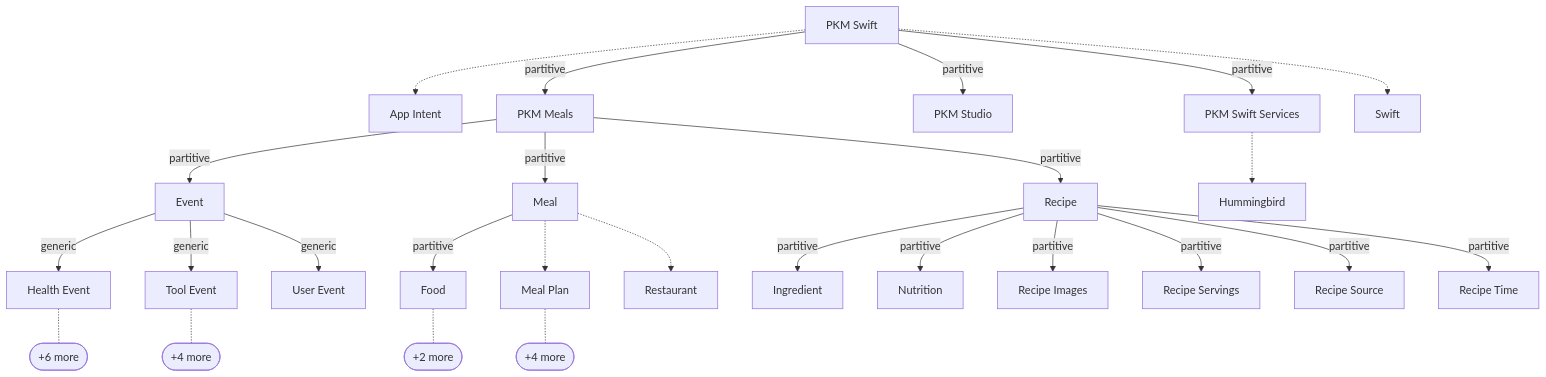
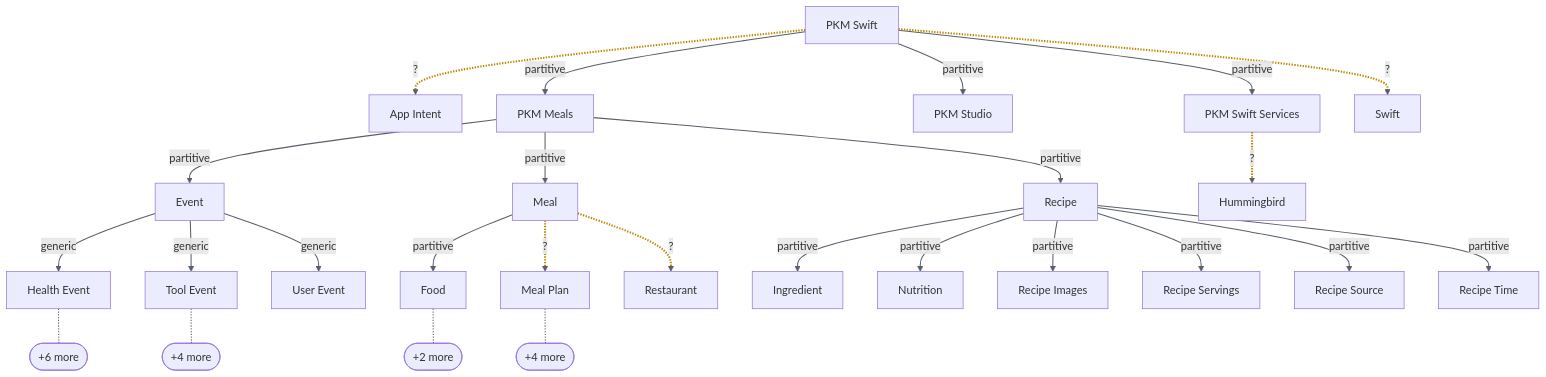
Before and after one commit to dpw67/pkm: the eighth of 9 diagrams in vocab/browse/map.md, drawn with Mermaid. The commit also changed other lines of this file and 3 other files, not shown here.

````diff
--- a/vocab/browse/map.md
+++ b/vocab/browse/map.md
@@ -286,54 +308,56 @@
 ```mermaid
 graph TD
   PKMSwift["PKM Swift"]
   AppIntent["App Intent"]
-  PKMSwift -.-> AppIntent
+  PKMSwift -.->|"?"| AppIntent
   PKMMeals["PKM Meals"]
   PKMSwift -->|partitive| PKMMeals
   Event["Event"]
   PKMMeals -->|partitive| Event
   HealthEvent["Health Event"]
   Event -->|generic| HealthEvent
   HealthEvent__more(["+6 more"])
   HealthEvent -.- HealthEvent__more
   ToolEvent["Tool Event"]
   Event -->|generic| ToolEvent
   ToolEvent__more(["+4 more"])
   ToolEvent -.- ToolEvent__more
   UserEvent["User Event"]
   Event -->|generic| UserEvent
   Meal["Meal"]
   PKMMeals -->|partitive| Meal
   Food["Food"]
   Meal -->|partitive| Food
   Food__more(["+2 more"])
   Food -.- Food__more
   MealPlan["Meal Plan"]
-  Meal -.-> MealPlan
+  Meal -.->|"?"| MealPlan
   MealPlan__more(["+4 more"])
   MealPlan -.- MealPlan__more
   Restaurant["Restaurant"]
-  Meal -.-> Restaurant
+  Meal -.->|"?"| Restaurant
   Recipe["Recipe"]
   PKMMeals -->|partitive| Recipe
   Ingredient["Ingredient"]
   Recipe -->|partitive| Ingredient
   Nutrition["Nutrition"]
   Recipe -->|partitive| Nutrition
   RecipeImages["Recipe Images"]
   Recipe -->|partitive| RecipeImages
   RecipeServings["Recipe Servings"]
   Recipe -->|partitive| RecipeServings
   RecipeSource["Recipe Source"]
   Recipe -->|partitive| RecipeSource
   RecipeTime["Recipe Time"]
   Recipe -->|partitive| RecipeTime
   PKMStudio["PKM Studio"]
   PKMSwift -->|partitive| PKMStudio
   PKMSwiftServices["PKM Swift Services"]
   PKMSwift -->|partitive| PKMSwiftServices
   Hummingbird["Hummingbird"]
-  PKMSwiftServices -.-> Hummingbird
+  PKMSwiftServices -.->|"?"| Hummingbird
   Swift["Swift"]
-  PKMSwift -.-> Swift
+  PKMSwift -.->|"?"| Swift
+  linkStyle default stroke:#57606a,stroke-width:1.5px
+  linkStyle 0,11,13,23,24 stroke:#bf8700,stroke-width:3px
 ```
````
